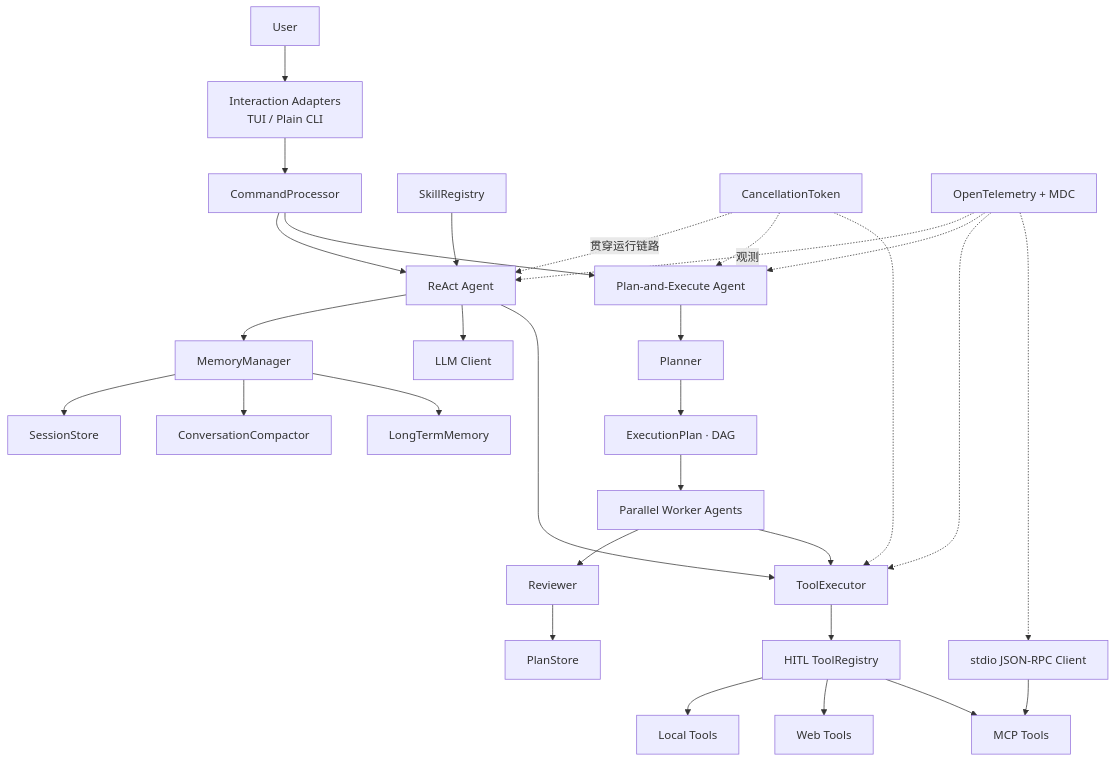
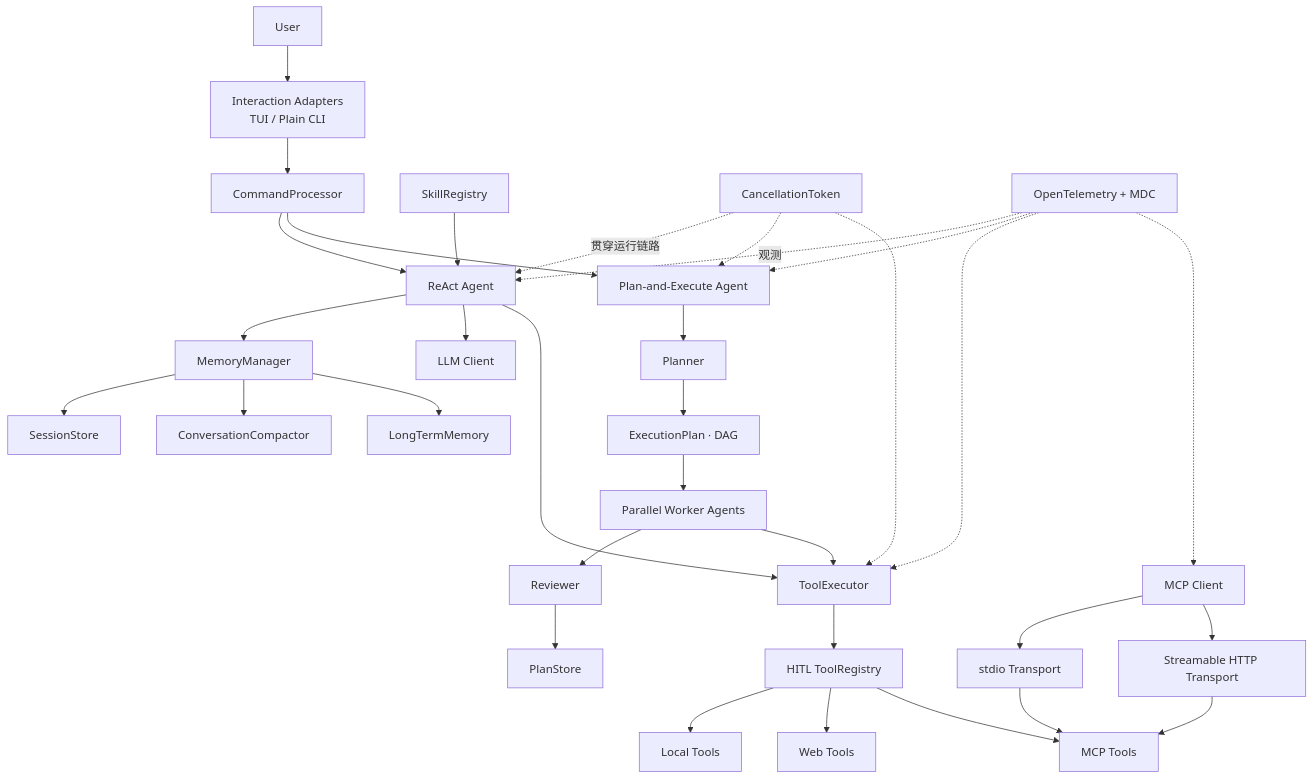
One commit to vanishValley/Xcode changed the diagram in README.md. Above: the diagram before and after it, drawn with Mermaid. The commit also changed other lines of this file and 75 other files, not shown here.

Commit message:
feat: add lazy multi-transport MCP and observability

````diff
--- a/README.md
+++ b/README.md
@@ -46,39 +46,42 @@
 ```mermaid
 flowchart TB
     U["User"] --> UI["Interaction Adapters<br/>TUI / Plain CLI"]
     UI --> CMD["CommandProcessor"]
 
     CMD --> REACT["ReAct Agent"]
     CMD --> PAE["Plan-and-Execute Agent"]
 
     REACT --> MEM["MemoryManager"]
     REACT --> LLM["LLM Client"]
     REACT --> EXEC["ToolExecutor"]
 
     PAE --> PLANNER["Planner"]
     PLANNER --> DAG["ExecutionPlan · DAG"]
     DAG --> WORKER["Parallel Worker Agents"]
     WORKER --> REVIEW["Reviewer"]
     REVIEW --> STORE["PlanStore"]
     WORKER --> EXEC
 
     MEM --> SESSION["SessionStore"]
     MEM --> COMPACT["ConversationCompactor"]
     MEM --> LTM["LongTermMemory"]
 
     EXEC --> HITL["HITL ToolRegistry"]
     HITL --> LOCAL["Local Tools"]
     HITL --> WEB["Web Tools"]
     HITL --> MCP["MCP Tools"]
 
     SKILL["SkillRegistry"] --> REACT
-    MCPCLIENT["stdio JSON-RPC Client"] --> MCP
+    MCPCLIENT["MCP Client"] --> STDIO["stdio Transport"]
+    MCPCLIENT --> HTTP["Streamable HTTP Transport"]
+    STDIO --> MCP
+    HTTP --> MCP
 
     CANCEL["CancellationToken"] -. "贯穿运行链路" .-> REACT
     CANCEL -.-> PAE
     CANCEL -.-> EXEC
     TRACE["OpenTelemetry + MDC"] -. "观测" .-> REACT
     TRACE -.-> PAE
     TRACE -.-> EXEC
     TRACE -.-> MCPCLIENT
 ```
````
